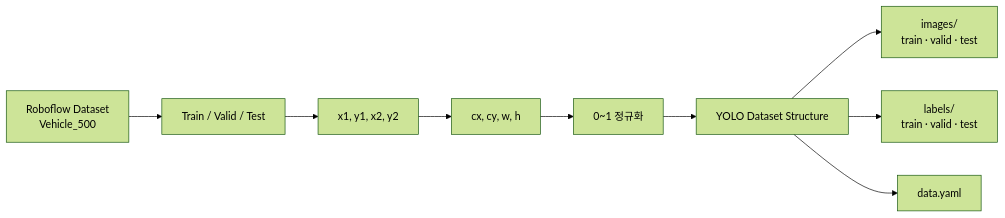
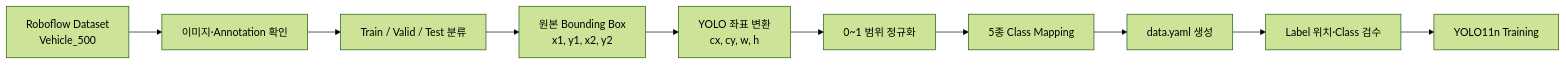
Before and after one commit to chieftain4202/RTL-Verification-Projects: the second of 8 diagrams in 08-yolo-vehicle-detection/README.md, drawn with Mermaid (forest theme). The commit also changed other lines of this file, not shown here.

````diff
--- a/08-yolo-vehicle-detection/README.md
+++ b/08-yolo-vehicle-detection/README.md
@@ -39,11 +64,12 @@
 ```mermaid
 flowchart LR
-    RAW["Roboflow Dataset<br/>Vehicle_500"] --> SPLIT["Train / Valid / Test"]
-    SPLIT --> BOX["x1, y1, x2, y2"]
-    BOX --> CENTER["cx, cy, w, h"]
-    CENTER --> NORMALIZE["0~1 정규화"]
-    NORMALIZE --> STRUCTURE["YOLO Dataset Structure"]
-    STRUCTURE --> IMAGES["images/<br/>train · valid · test"]
-    STRUCTURE --> LABELS["labels/<br/>train · valid · test"]
-    STRUCTURE --> YAML["data.yaml"]
+    ROBO["Roboflow Dataset<br/>Vehicle_500"] --> CHECK["이미지·Annotation 확인"]
+    CHECK --> SPLIT["Train / Valid / Test 분류"]
+    SPLIT --> BOX["원본 Bounding Box<br/>x1, y1, x2, y2"]
+    BOX --> CONVERT["YOLO 좌표 변환<br/>cx, cy, w, h"]
+    CONVERT --> NORMAL["0~1 범위 정규화"]
+    NORMAL --> CLASS["5종 Class Mapping"]
+    CLASS --> YAML["data.yaml 생성"]
+    YAML --> VERIFY["Label 위치·Class 검수"]
+    VERIFY --> TRAIN["YOLO11n Training"]
 ```
````
